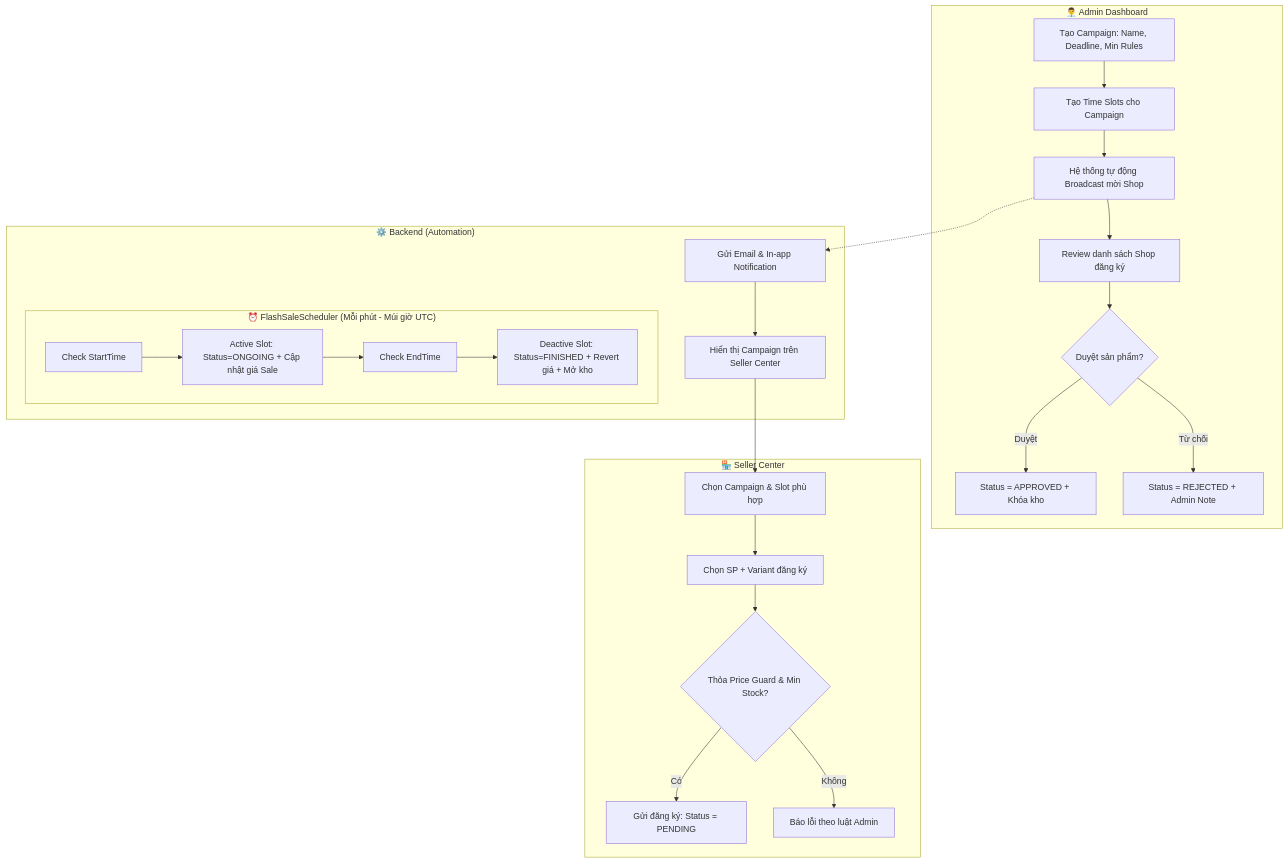
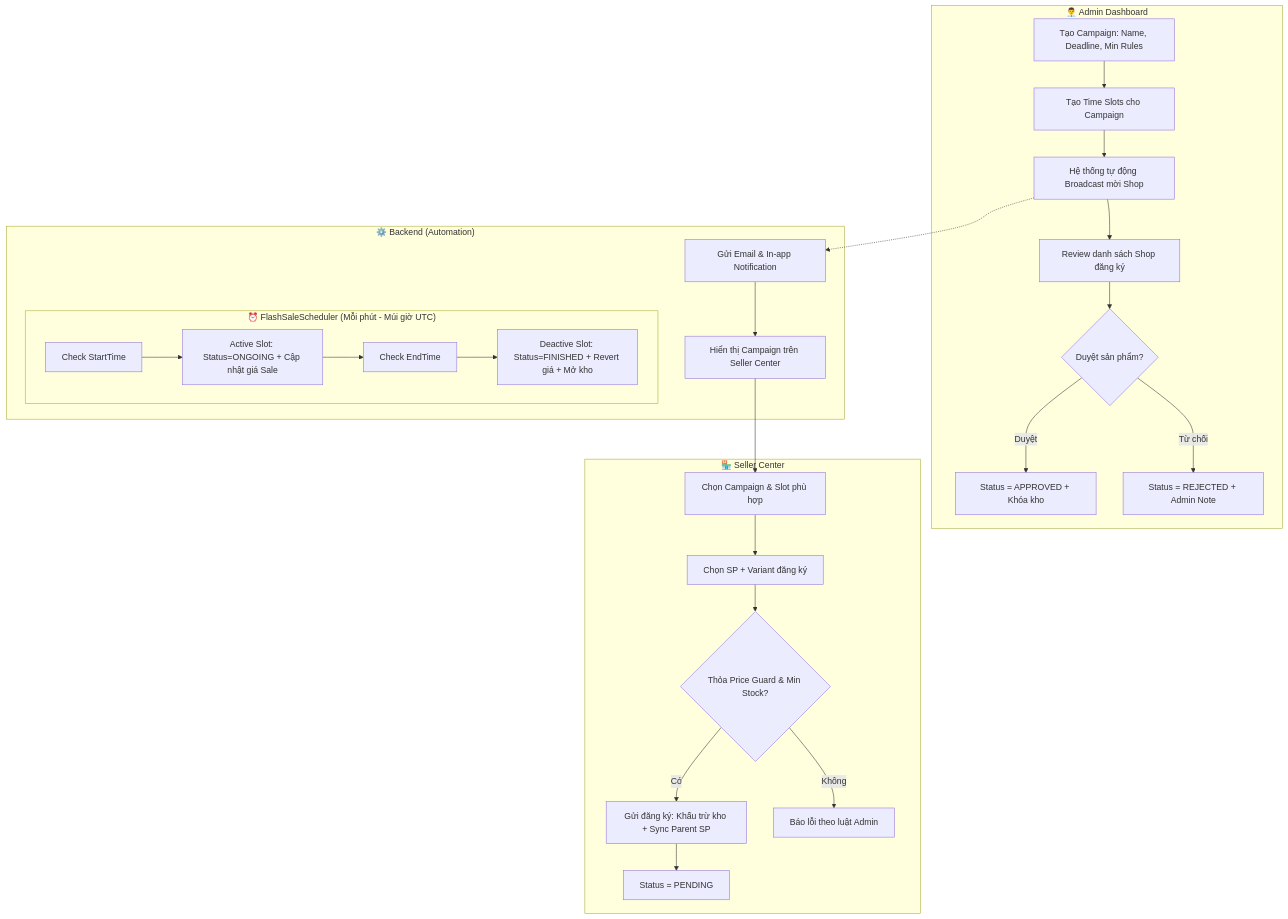
One commit to phongnha230/Web_Shopee_Lab211_Group2 changed the diagram in docs/Luong_FlashSale.md. Above: the diagram before and after it, drawn with Mermaid. The commit also changed other lines of this file and 3 other files, not shown here.

````diff
--- a/docs/Luong_FlashSale.md
+++ b/docs/Luong_FlashSale.md
@@ -21,30 +21,31 @@
 ```mermaid
 flowchart TD
     subgraph Admin["👨‍💼 Admin Dashboard"]
         A1[Tạo Campaign: Name, Deadline, Min Rules] --> A2[Tạo Time Slots cho Campaign]
         A2 --> A3[Hệ thống tự động Broadcast mời Shop]
         A3 --> A4[Review danh sách Shop đăng ký]
         A4 --> A5{Duyệt sản phẩm?}
         A5 -->|Duyệt| A6[Status = APPROVED + Khóa kho]
         A5 -->|Từ chối| A7[Status = REJECTED + Admin Note]
     end
 
     subgraph System["⚙️ Backend (Automation)"]
         A3 -.-> B1[Gửi Email & In-app Notification]
         B1 --> B2[Hiển thị Campaign trên Seller Center]
         
         subgraph Scheduler["⏰ FlashSaleScheduler (Mỗi phút - Múi giờ UTC)"]
             C1[Check StartTime] --> C2[Active Slot: Status=ONGOING + Cập nhật giá Sale]
             C2 --> C3[Check EndTime]
             C3 --> C4[Deactive Slot: Status=FINISHED + Revert giá + Mở kho]
         end
     end
 
     subgraph Seller["🏪 Seller Center"]
         B2 --> S1[Chọn Campaign & Slot phù hợp]
         S1 --> S2[Chọn SP + Variant đăng ký]
         S2 --> S3{Thỏa Price Guard & Min Stock?}
-        S3 -->|Có| S4[Gửi đăng ký: Status = PENDING]
+        S3 -->|Có| S4[Gửi đăng ký: Khấu trừ kho + Sync Parent SP]
         S3 -->|Không| S5[Báo lỗi theo luật Admin]
+        S4 --> S6[Status = PENDING]
     end
 ```
````
